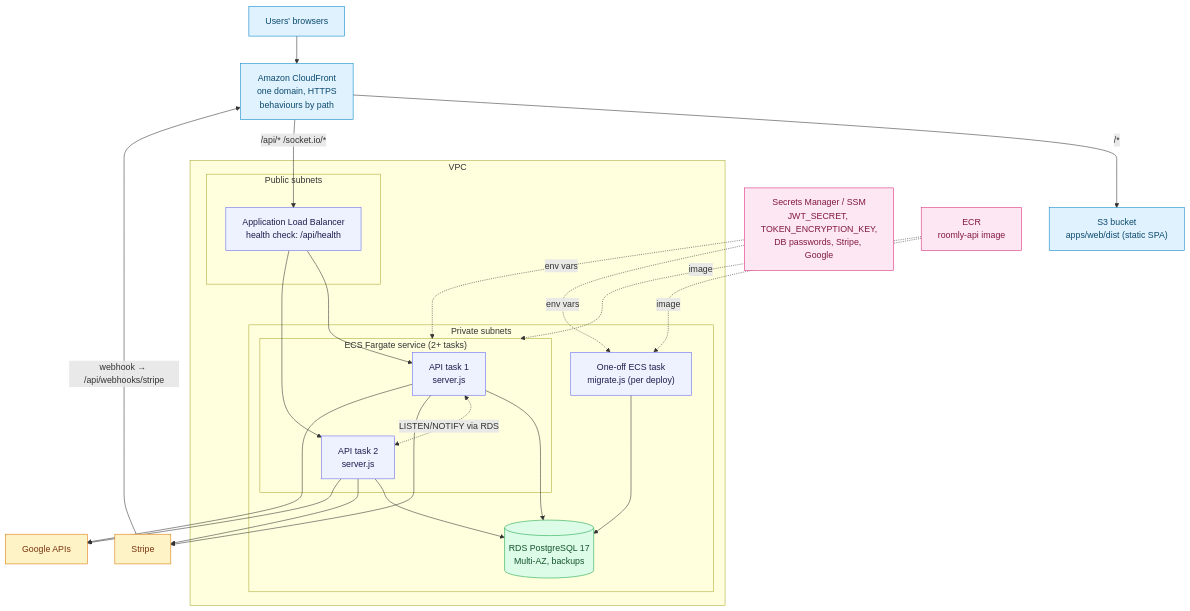
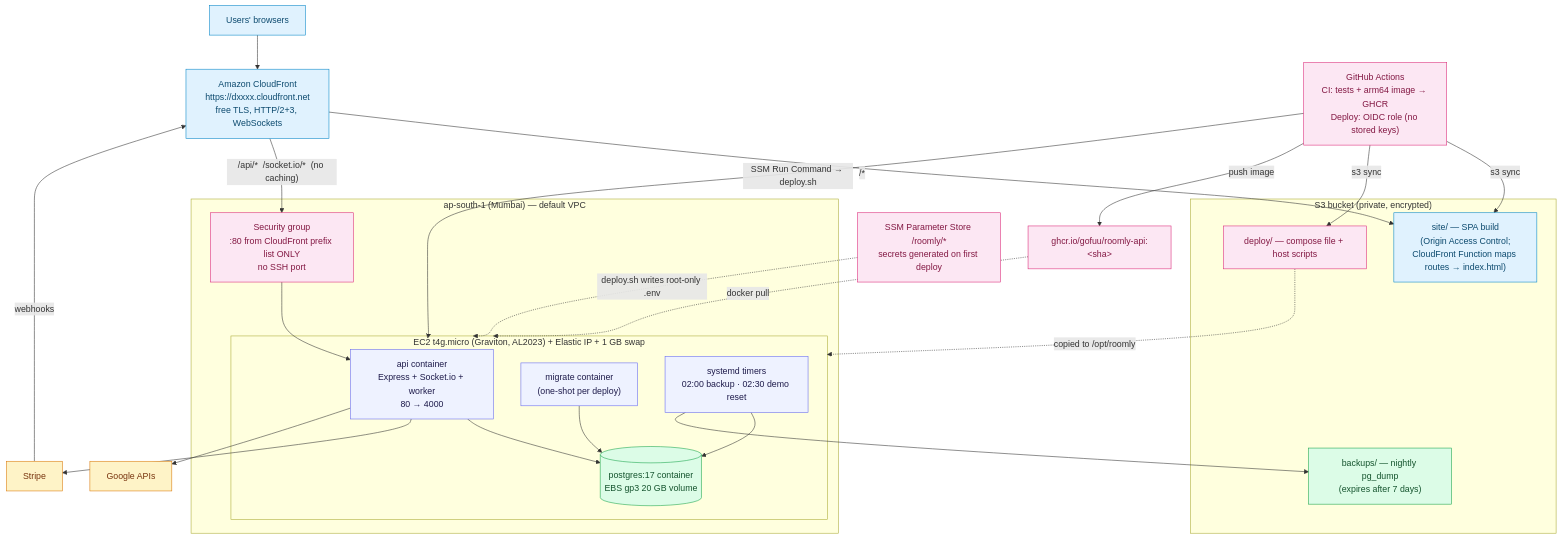
The diagram in design/diagrams/hld/03-aws-deployment.mmd (Gofuu/roomly), drawn with Mermaid before and after one commit. The commit also changed 27 other files, not shown here.

First line of the commit message:
Deployment: budget AWS stack, container image in CI, keyless deploy workflow

```diff
--- a/design/diagrams/hld/03-aws-deployment.mmd
+++ b/design/diagrams/hld/03-aws-deployment.mmd
@@ -1,43 +1,49 @@
 flowchart TB
   classDef edge fill:#e0f2fe,stroke:#0284c7,color:#0c4a6e
   classDef svc fill:#eef2ff,stroke:#6366f1,color:#1e1b4b
   classDef db fill:#dcfce7,stroke:#16a34a,color:#14532d
   classDef ext fill:#fef3c7,stroke:#d97706,color:#78350f
   classDef sec fill:#fce7f3,stroke:#db2777,color:#831843
 
   User["Users' browsers"]:::edge
-  CF["Amazon CloudFront<br/>one domain, HTTPS<br/>behaviours by path"]:::edge
-  S3["S3 bucket<br/>apps/web/dist (static SPA)"]:::edge
+  CF["Amazon CloudFront<br/>https://dxxxx.cloudfront.net<br/>free TLS, HTTP/2+3, WebSockets"]:::edge
 
-  subgraph VPC["VPC"]
-    subgraph Public["Public subnets"]
-      ALB["Application Load Balancer<br/>health check: /api/health"]:::svc
-    end
-    subgraph Private["Private subnets"]
-      subgraph ECS["ECS Fargate service (2+ tasks)"]
-        T1["API task 1<br/>server.js"]:::svc
-        T2["API task 2<br/>server.js"]:::svc
-      end
-      MIG["One-off ECS task<br/>migrate.js (per deploy)"]:::svc
-      RDS[("RDS PostgreSQL 17<br/>Multi-AZ, backups")]:::db
+  subgraph S3B["S3 bucket (private, encrypted)"]
+    SITE["site/ — SPA build<br/>(Origin Access Control;<br/>CloudFront Function maps routes → index.html)"]:::edge
+    DEP["deploy/ — compose file + host scripts"]:::sec
+    BAK["backups/ — nightly pg_dump<br/>(expires after 7 days)"]:::db
+  end
+
+  subgraph REGION["ap-south-1 (Mumbai) — default VPC"]
+    SG["Security group<br/>:80 from CloudFront prefix list ONLY<br/>no SSH port"]:::sec
+    subgraph EC2["EC2 t4g.micro (Graviton, AL2023) + Elastic IP + 1 GB swap"]
+      API["api container<br/>Express + Socket.io + worker<br/>80 → 4000"]:::svc
+      MIG["migrate container<br/>(one-shot per deploy)"]:::svc
+      PG[("postgres:17 container<br/>EBS gp3 20 GB volume")]:::db
+      TMR["systemd timers<br/>02:00 backup · 02:30 demo reset"]:::svc
     end
   end
 
-  SM["Secrets Manager / SSM<br/>JWT_SECRET, TOKEN_ENCRYPTION_KEY,<br/>DB passwords, Stripe, Google"]:::sec
-  ECR["ECR<br/>roomly-api image"]:::sec
+  SSM["SSM Parameter Store /roomly/*<br/>secrets generated on first deploy"]:::sec
+  GH["GitHub Actions<br/>CI: tests + arm64 image → GHCR<br/>Deploy: OIDC role (no stored keys)"]:::sec
+  GHCR["ghcr.io/gofuu/roomly-api:&lt;sha&gt;"]:::sec
   Stripe["Stripe"]:::ext
   Google["Google APIs"]:::ext
 
   User --> CF
-  CF -- "/*" --> S3
-  CF -- "/api/*  /socket.io/*" --> ALB
-  ALB --> T1 & T2
-  T1 & T2 --> RDS
-  MIG --> RDS
-  T1 <-. "LISTEN/NOTIFY via RDS" .-> T2
-  SM -. "env vars" .-> ECS
-  SM -. "env vars" .-> MIG
-  ECR -. "image" .-> ECS
-  ECR -. "image" .-> MIG
-  T1 & T2 --> Stripe & Google
-  Stripe -- "webhook → /api/webhooks/stripe" --> CF
+  CF -- "/*" --> SITE
+  CF -- "/api/*  /socket.io/*  (no caching)" --> SG --> API
+  API --> PG
+  MIG --> PG
+  TMR --> PG
+  TMR --> BAK
+  API --> Stripe & Google
+  Stripe -- "webhooks" --> CF
+
+  GH -- "s3 sync" --> SITE
+  GH -- "s3 sync" --> DEP
+  GH -- "SSM Run Command → deploy.sh" --> EC2
+  GH -- "push image" --> GHCR
+  GHCR -. "docker pull" .-> EC2
+  SSM -. "deploy.sh writes root-only .env" .-> EC2
+  DEP -. "copied to /opt/roomly" .-> EC2
```
